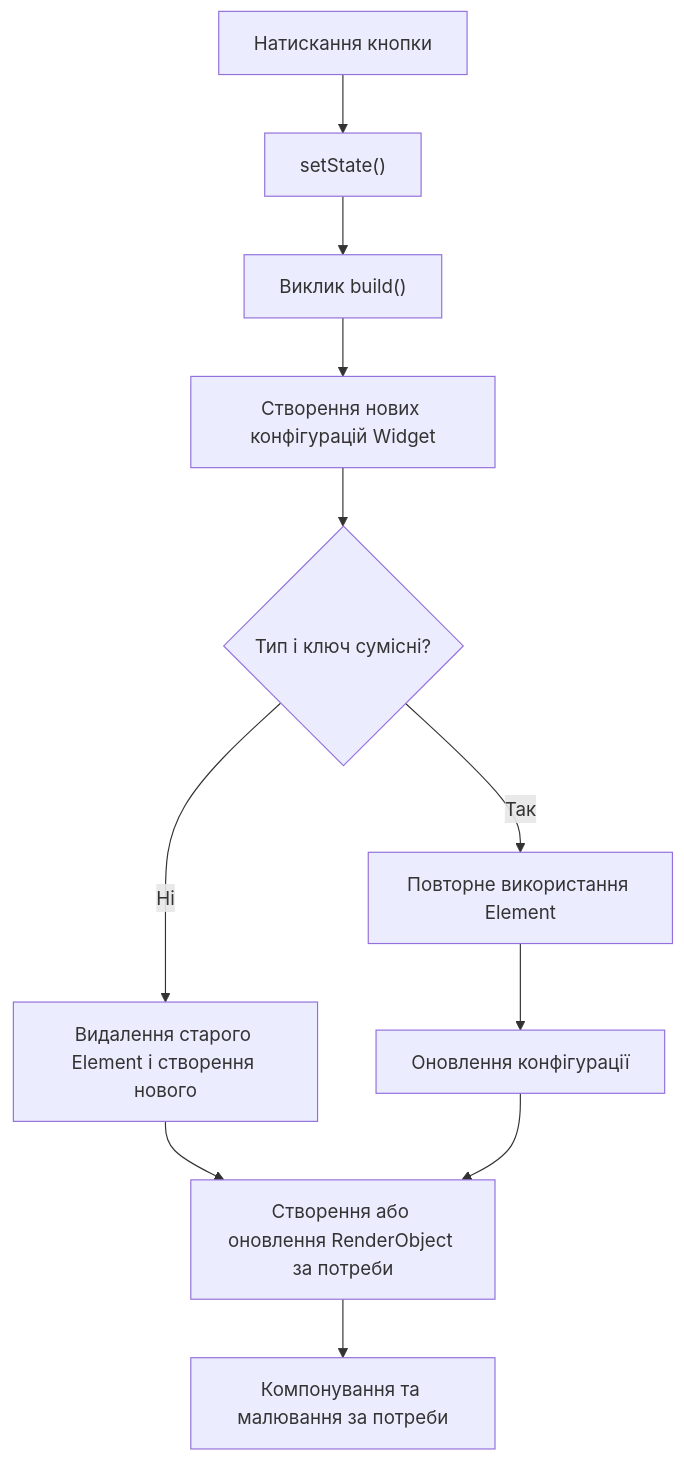
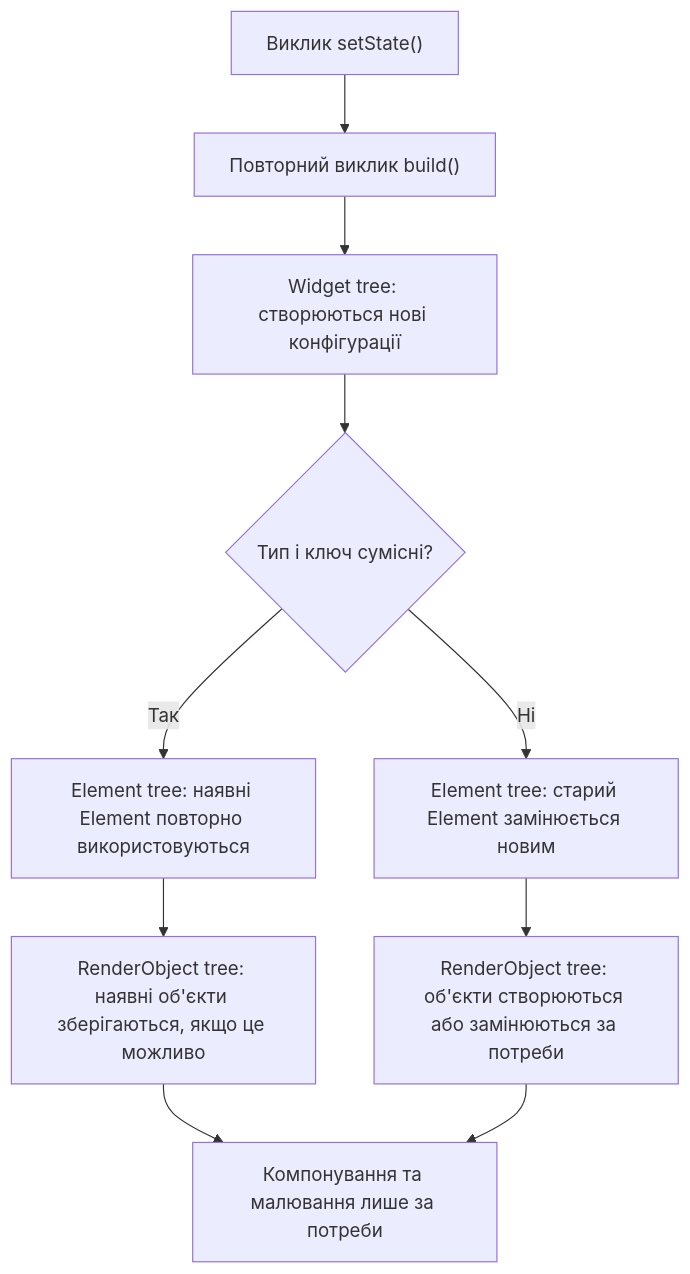
Before and after one commit to artemkshl010/mobile-platforms-practice-02: the first of 2 diagrams in README.md, drawn with Mermaid.

````diff
--- a/README.md
+++ b/README.md
@@ -54,13 +54,12 @@
 ```mermaid
 flowchart TD
-    A["Натискання кнопки"] --> B["setState()"]
-    B --> C["Виклик build()"]
-    C --> D["Створення нових конфігурацій Widget"]
-    D --> E{"Тип і ключ сумісні?"}
-    E -->|Так| F["Повторне використання Element"]
-    E -->|Ні| G["Видалення старого Element і створення нового"]
-    F --> H["Оновлення конфігурації"]
-    G --> I["Створення або оновлення RenderObject за потреби"]
+    A["Виклик setState()"] --> B["Повторний виклик build()"]
+    B --> C["Widget tree: створюються нові конфігурації"]
+    C --> D{"Тип і ключ сумісні?"}
+    D -->|Так| E["Element tree: наявні Element повторно використовуються"]
+    D -->|Ні| F["Element tree: старий Element замінюється новим"]
+    E --> G["RenderObject tree: наявні об'єкти зберігаються, якщо це можливо"]
+    F --> H["RenderObject tree: об'єкти створюються або замінюються за потреби"]
+    G --> I["Компонування та малювання лише за потреби"]
     H --> I
-    I --> J["Компонування та малювання за потреби"]
 ```
````
